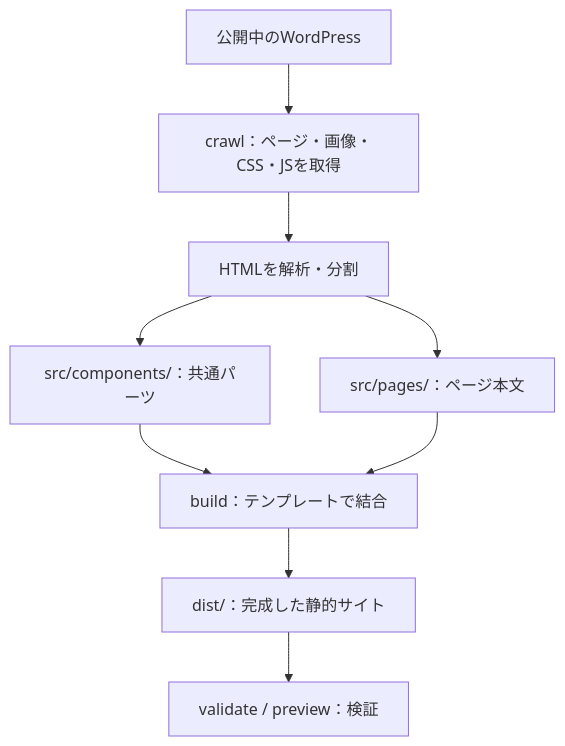
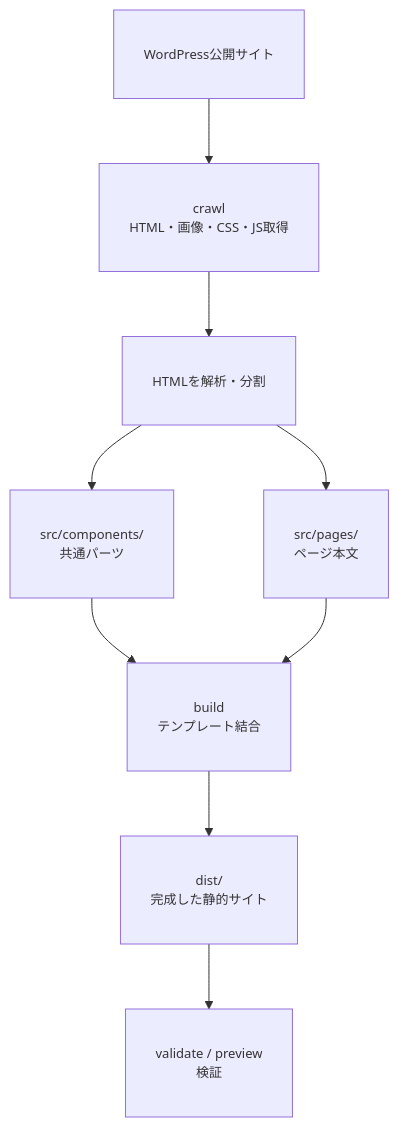
Before and after one commit to yuucha/WPStaticMigrator: the second of 2 diagrams in README.md, drawn with Mermaid. The commit also changed other lines of this file, not shown here.

Commit message:
docs: Fix Mermaid diagram text clipping

````diff
--- a/README.md
+++ b/README.md
@@ -31,11 +34,14 @@
 ```mermaid
+%%{init: {"themeVariables": {"fontSize": "13px"}, "flowchart": {"htmlLabels": true, "nodeSpacing": 90, "rankSpacing": 65}}}%%
 flowchart TD
-    WP["公開中のWordPress"] --> CR["crawl：ページ・画像・CSS・JSを取得"]
+    WP["WordPress公開サイト"] --> CR["crawl<br/>HTML・画像・CSS・JS取得"]
     CR --> EX["HTMLを解析・分割"]
-    EX --> CP["src/components/：共通パーツ"]
-    EX --> PG["src/pages/：ページ本文"]
-    CP --> BU["build：テンプレートで結合"]
+    EX --> CP["src/components/<br/>共通パーツ"]
+    EX --> PG["src/pages/<br/>ページ本文"]
+    CP --> BU["build<br/>テンプレート結合"]
     PG --> BU
-    BU --> DS["dist/：完成した静的サイト"]
-    DS --> VA["validate / preview：検証"]
+    BU --> DS["dist/<br/>完成した静的サイト"]
+    DS --> VA["validate / preview<br/>検証"]
+    classDef readable font-size:13px,padding:18px;
+    class WP,CR,EX,CP,PG,BU,DS,VA readable;
 ```
````
